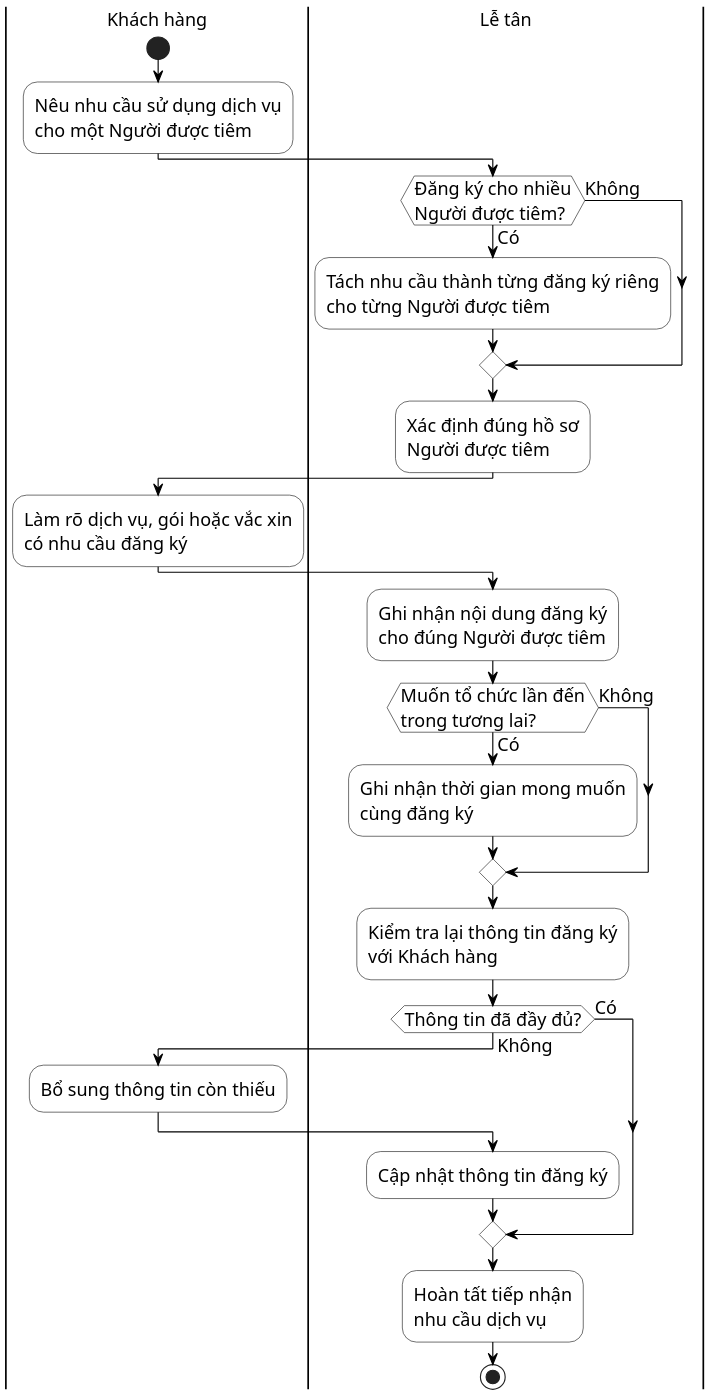
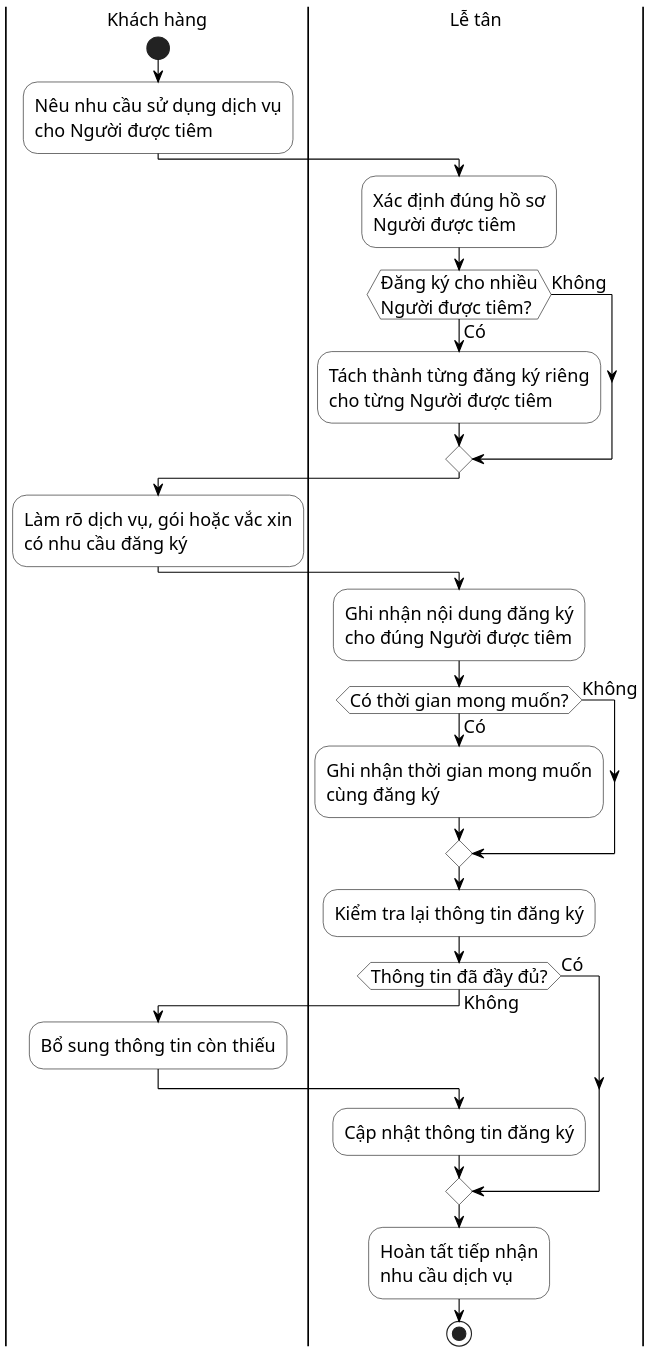
The diagram in docs/thesis/uml/Hinh_2_4_Activity_Dang_Ky_Dich_Vu.puml (datngo1203/KLCN-QuanLyTiemChung), drawn with PlantUML before and after one commit. The commit also changed 8 other files, not shown here.

Commit message:
docs: normalize business UML print layout

```diff
--- a/docs/thesis/uml/Hinh_2_4_Activity_Dang_Ky_Dich_Vu.puml
+++ b/docs/thesis/uml/Hinh_2_4_Activity_Dang_Ky_Dich_Vu.puml
@@ -1,48 +1,47 @@
 @startuml
-' HUIT UML Visual Profile v1 - compact print layout
+' HUIT UML Visual Profile v1 - compact-fixed layout
 skinparam monochrome true
 skinparam shadowing false
 skinparam backgroundColor white
 skinparam defaultFontName "Times New Roman"
 skinparam defaultFontSize 16
 skinparam ArrowColor black
 skinparam ActivityBorderColor black
 skinparam ActivityBackgroundColor white
 skinparam PartitionBorderColor black
 skinparam PartitionBackgroundColor white
 skinparam dpi 180
 
 |Khách hàng|
 start
-:Nêu nhu cầu sử dụng dịch vụ\ncho một Người được tiêm;
+:Nêu nhu cầu sử dụng dịch vụ\ncho Người được tiêm;
 
 |Lễ tân|
+:Xác định đúng hồ sơ\nNgười được tiêm;
 if (Đăng ký cho nhiều\nNgười được tiêm?) then (Có)
-  :Tách nhu cầu thành từng đăng ký riêng\ncho từng Người được tiêm;
+  :Tách thành từng đăng ký riêng\ncho từng Người được tiêm;
 else (Không)
 endif
-:Xác định đúng hồ sơ\nNgười được tiêm;
 
 |Khách hàng|
 :Làm rõ dịch vụ, gói hoặc vắc xin\ncó nhu cầu đăng ký;
 
 |Lễ tân|
 :Ghi nhận nội dung đăng ký\ncho đúng Người được tiêm;
-
-if (Muốn tổ chức lần đến\ntrong tương lai?) then (Có)
+if (Có thời gian mong muốn?) then (Có)
   :Ghi nhận thời gian mong muốn\ncùng đăng ký;
 else (Không)
 endif
 
-:Kiểm tra lại thông tin đăng ký\nvới Khách hàng;
+:Kiểm tra lại thông tin đăng ký;
 if (Thông tin đã đầy đủ?) then (Có)
 else (Không)
   |Khách hàng|
   :Bổ sung thông tin còn thiếu;
   |Lễ tân|
   :Cập nhật thông tin đăng ký;
 endif
 
 :Hoàn tất tiếp nhận\nnhu cầu dịch vụ;
 stop
 @enduml
```
